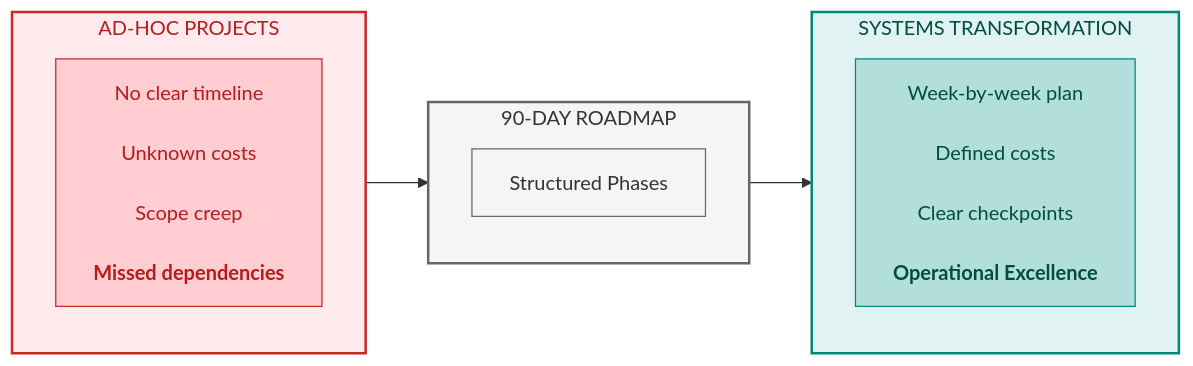
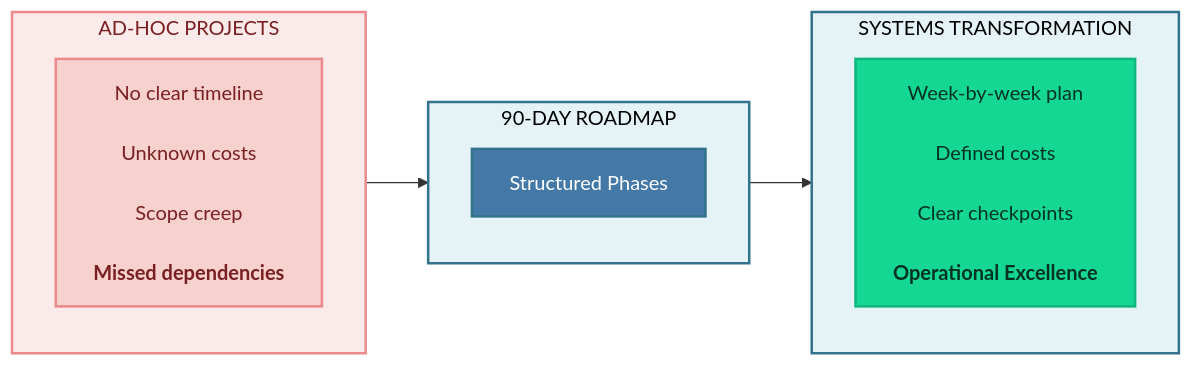
One commit to colaberry/trust-before-intelligence-book changed the first of 7 diagrams in manuscript/11_chapter_10_week_by_week_implementation.md. Above: the diagram before and after it, drawn with Mermaid. The commit also changed other lines of this file, not shown here.

Commit message:
Update mermaid diagrams as per new coloberry color and contrast ratio for chapter 11

````diff
--- a/manuscript/11_chapter_10_week_by_week_implementation.md
+++ b/manuscript/11_chapter_10_week_by_week_implementation.md
@@ -9,28 +9,28 @@
 ```mermaid
 
 graph LR
     subgraph BEFORE["AD-HOC PROJECTS"]
         direction TB
         B1["No clear timeline<br/><br/>Unknown costs<br/><br/>Scope creep<br/><br/><b>Missed dependencies</b>"]
     end
     
     subgraph TRANSFORM["90-DAY ROADMAP"]
         direction TB
         T1["Structured Phases"]
     end
 
     subgraph AFTER["SYSTEMS TRANSFORMATION"]
         direction TB
         A1["Week-by-week plan<br/><br/>Defined costs<br/><br/>Clear checkpoints<br/><br/><b>Operational Excellence</b>"]
     end
     
     BEFORE --> TRANSFORM --> AFTER
     
-    style BEFORE fill:#ffebee,stroke:#c62828,stroke-width:2px,color:#b71c1c
-    style TRANSFORM fill:#f5f5f5,stroke:#666666,stroke-width:2px,color:#333333
-    style AFTER fill:#e0f2f1,stroke:#00897b,stroke-width:2px,color:#004d40
-    style B1 fill:#ffcdd2,stroke:#c62828,color:#b71c1c
-    style T1 fill:#f5f5f5,stroke:#666666,color:#333333
-    style A1 fill:#b2dfdb,stroke:#00897b,color:#004d40
+    style BEFORE fill:#FBEAEA,stroke:#EB898B,stroke-width:2px,color:#7A1F22
+    style B1 fill:#F6D1CE,stroke:#EB898B,stroke-width:2px,color:#7A1F22
+    style TRANSFORM fill:#E6F3F6,stroke:#32738C,stroke-width:2px,color:#000000
+    style T1 fill:#4478A6,stroke:#32738C,stroke-width:2px,color:#ffffff
+    style AFTER fill:#E6F3F6,stroke:#32738C,stroke-width:2px,color:#000000
+    style A1 fill:#14D793,stroke:#0FB67D,stroke-width:2px,color:#003322
 
 ```
````
